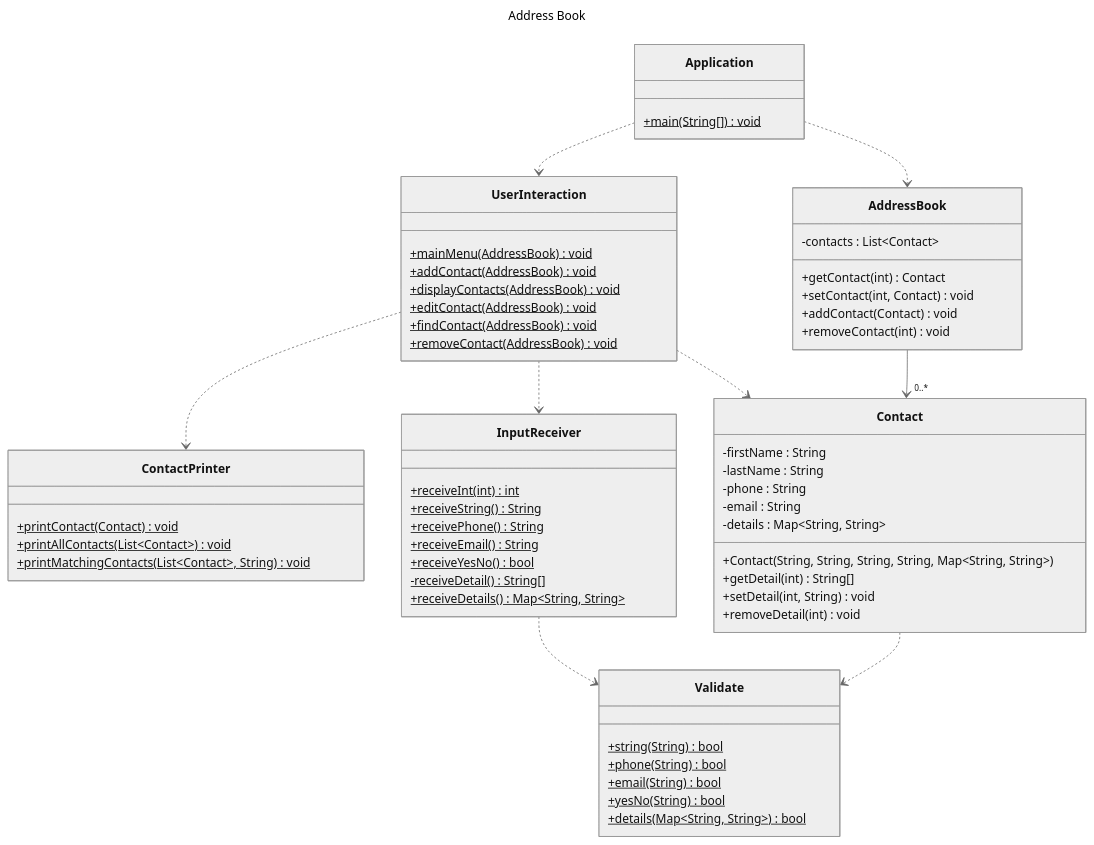
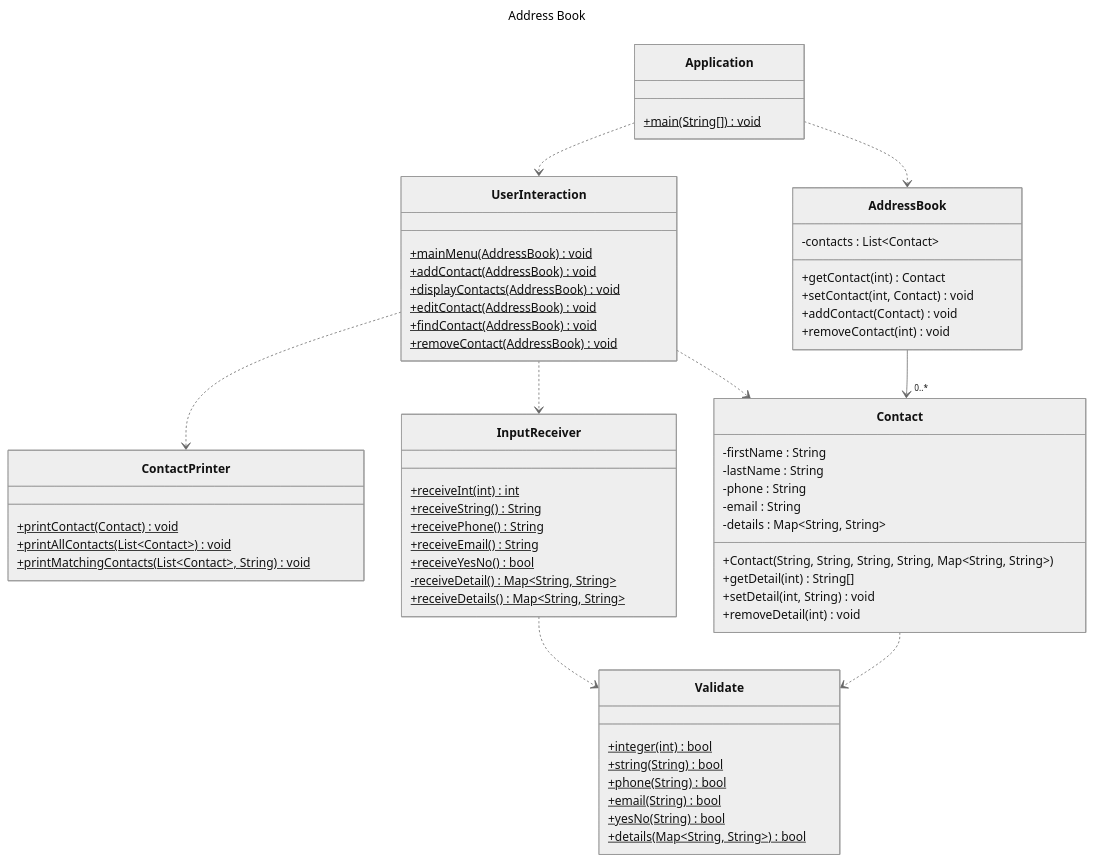
Before and after one commit to Joseph-Mitchell/Address-Book-Challenge: the diagram in docs/domain-models-test-plan.md, drawn with Mermaid (neutral theme). The commit also changed other lines of this file and 3 other files, not shown here.

````diff
--- a/docs/domain-models-test-plan.md
+++ b/docs/domain-models-test-plan.md
@@ -5,66 +5,67 @@
 ```mermaid
 ---
 title: Address Book
 ---
 classDiagram
 class AddressBook {
     -contacts : List~Contact~
     
     +getContact(int) Contact
     +setContact(int, Contact) void
     +addContact(Contact) void
     +removeContact(int) void
 }
 class Contact {
     -firstName : String
     -lastName : String
     -phone : String
     -email : String
     -details : Map~String, String~
     
     +Contact(String, String, String, String, Map~String, String~)
     +getDetail(int) String[]
     +setDetail(int, String) void
     +removeDetail(int) void
 }
 class Application {
     +main(String[])$ void
 }
 class UserInteraction {
     +mainMenu(AddressBook)$ void
     +addContact(AddressBook)$ void
     +displayContacts(AddressBook)$ void
     +editContact(AddressBook)$ void
     +findContact(AddressBook)$ void
     +removeContact(AddressBook)$ void
 }
 class InputReceiver {
     +receiveInt(int)$ int
     +receiveString()$ String
     +receivePhone()$ String
     +receiveEmail()$ String
     +receiveYesNo()$ bool
-    -receiveDetail()$ String[]
+    -receiveDetail()$ Map~String, String~
     +receiveDetails()$ Map~String, String~
 }
 class ContactPrinter {
     +printContact(Contact)$ void
     +printAllContacts(List~Contact~)$ void
     +printMatchingContacts(List~Contact~, String)$ void
 }
 class Validate {
+    +integer(int)$ bool
     +string(String)$ bool
     +phone(String)$ bool
     +email(String)$ bool
     +yesNo(String)$ bool
     +details(Map~String, String~)$ bool
 }
 Application ..> UserInteraction
 Application ..> AddressBook
 UserInteraction ..> ContactPrinter
 UserInteraction ..> InputReceiver
 UserInteraction ..> Contact
 InputReceiver ..> Validate
 AddressBook --> "0..*" Contact
 Contact ..> Validate
 ```
````
